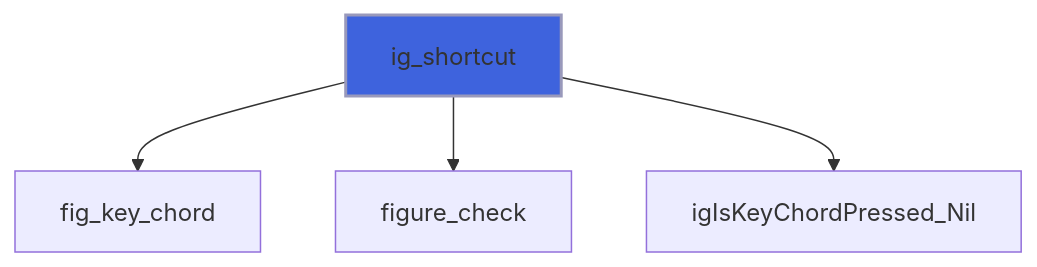
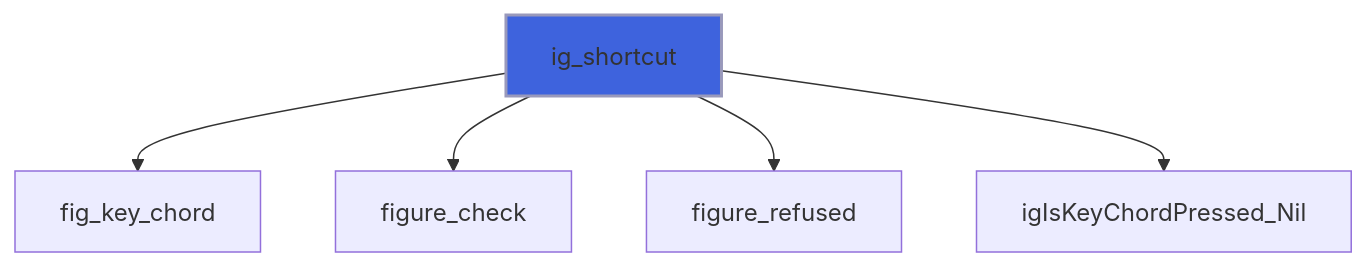
Diagram 12 of 14 in docs/api/src/lib/figure_menu.md (szaghi/figure), drawn with Mermaid before and after one commit. The commit also changed other lines of this file and 10 other files, not shown here.

````diff
--- a/docs/api/src/lib/figure_menu.md
+++ b/docs/api/src/lib/figure_menu.md
@@ -276,7 +304,8 @@
 ```mermaid
 flowchart TD
   ig_shortcut["ig_shortcut"] --> fig_key_chord["fig_key_chord"]
   ig_shortcut["ig_shortcut"] --> figure_check["figure_check"]
+  ig_shortcut["ig_shortcut"] --> figure_refused["figure_refused"]
   ig_shortcut["ig_shortcut"] --> igIsKeyChordPressed_Nil["igIsKeyChordPressed_Nil"]
   style ig_shortcut fill:#3e63dd,stroke:#99b,stroke-width:2px
 ```
````
